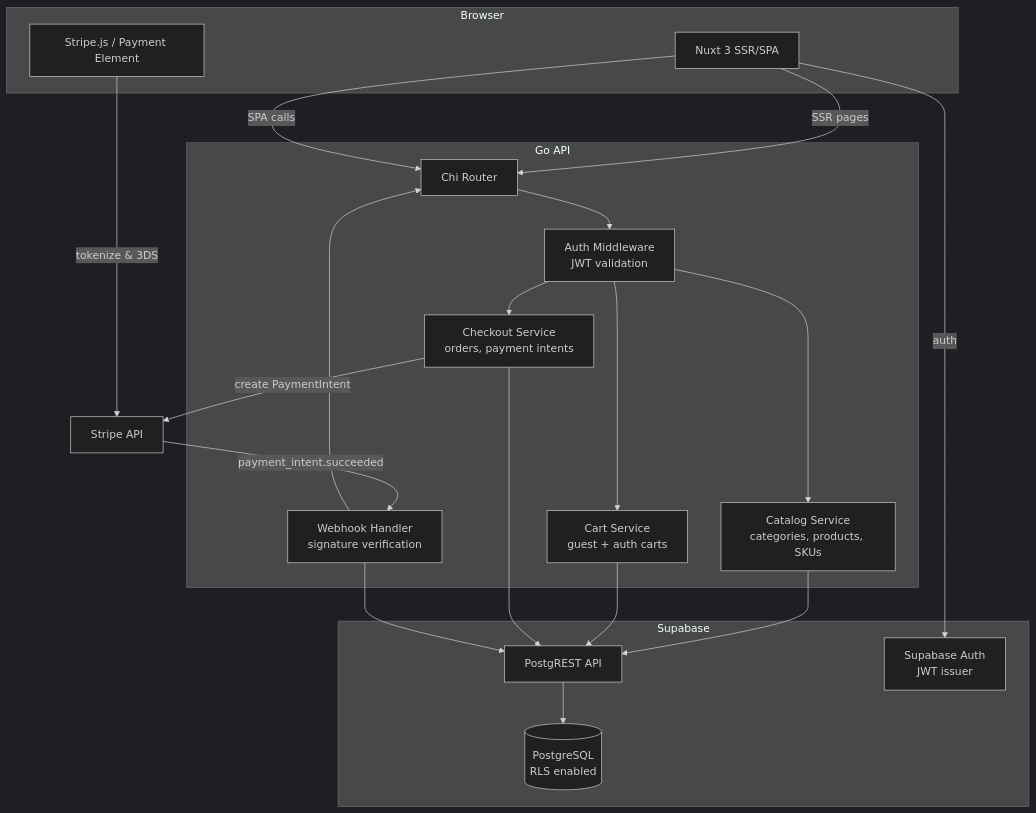
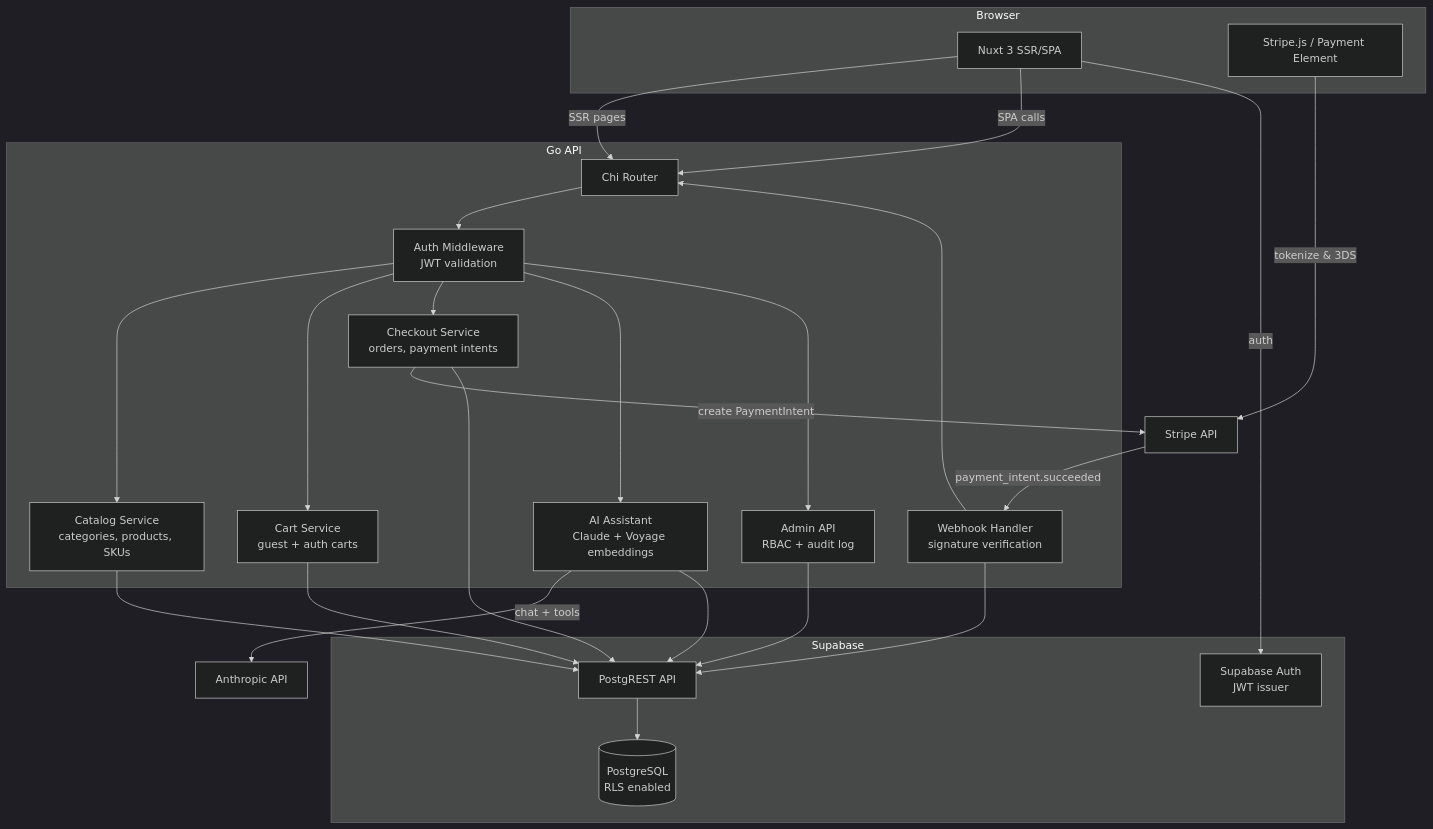
The first of 2 diagrams in README.md (dimon2255/agentic-ecommerce), drawn with Mermaid (dark theme) before and after one commit. The commit also changed other lines of this file, not shown here.

First line of the commit message:
docs: update README with full architecture, deployment, and CI/CD

````diff
--- a/README.md
+++ b/README.md
@@ -7,43 +7,51 @@
 ```mermaid
 graph TB
     subgraph Browser
         Nuxt[Nuxt 3 SSR/SPA]
         Stripe_js[Stripe.js / Payment Element]
     end
 
     subgraph Go API
         Router[Chi Router]
         Catalog[Catalog Service<br/>categories, products, SKUs]
         Cart[Cart Service<br/>guest + auth carts]
         Checkout[Checkout Service<br/>orders, payment intents]
         Webhook[Webhook Handler<br/>signature verification]
         Auth[Auth Middleware<br/>JWT validation]
+        Assistant[AI Assistant<br/>Claude + Voyage embeddings]
+        Admin[Admin API<br/>RBAC + audit log]
     end
 
     subgraph Supabase
         PostgREST[PostgREST API]
         PG[(PostgreSQL<br/>RLS enabled)]
         SupaAuth[Supabase Auth<br/>JWT issuer]
     end
 
     Stripe[Stripe API]
+    Anthropic[Anthropic API]
 
     Nuxt -- SSR pages --> Router
     Nuxt -- SPA calls --> Router
     Nuxt -- auth --> SupaAuth
     Stripe_js -- tokenize & 3DS --> Stripe
 
     Router --> Auth
     Auth --> Catalog
     Auth --> Cart
     Auth --> Checkout
+    Auth --> Assistant
+    Auth --> Admin
     Checkout -- create PaymentIntent --> Stripe
     Stripe -- payment_intent.succeeded --> Webhook
     Webhook --> Router
+    Assistant -- chat + tools --> Anthropic
 
     Catalog --> PostgREST
     Cart --> PostgREST
     Checkout --> PostgREST
     Webhook --> PostgREST
+    Assistant --> PostgREST
+    Admin --> PostgREST
     PostgREST --> PG
 ```
````
